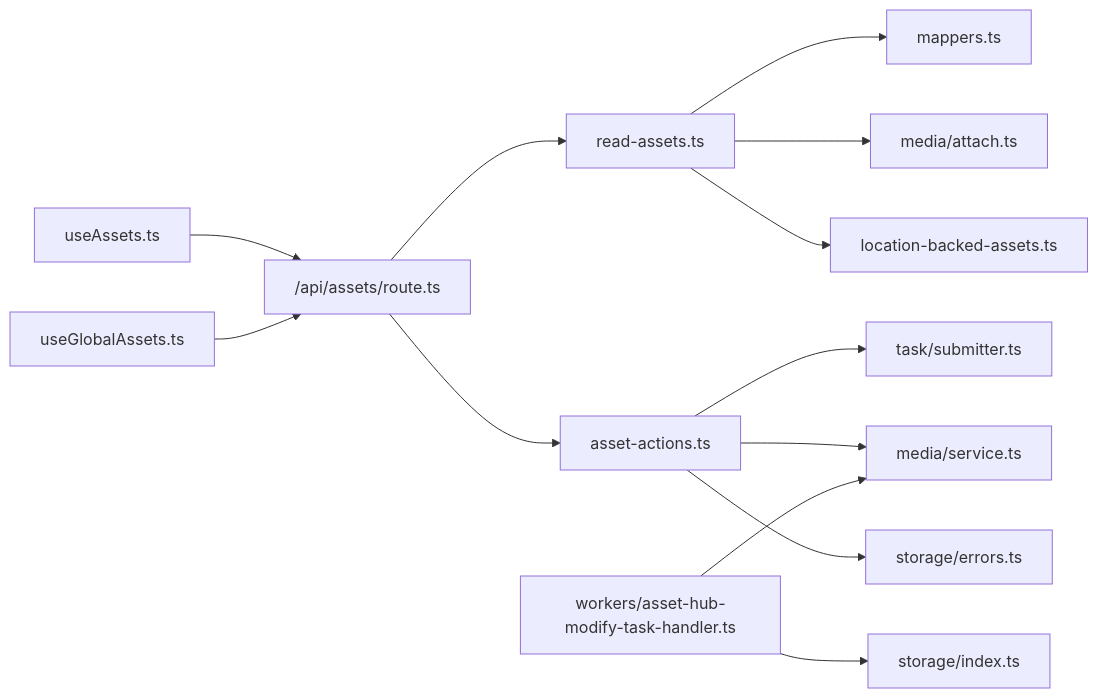
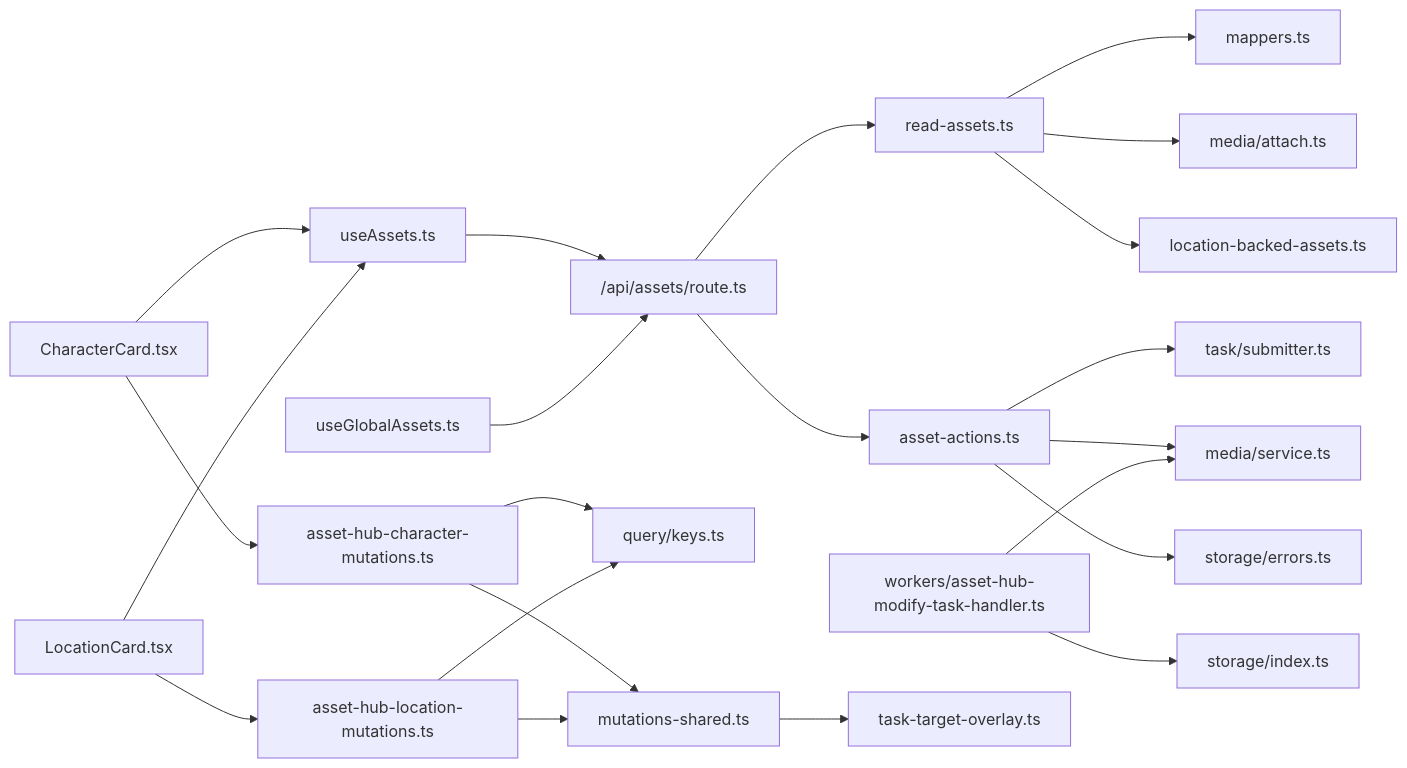
The ninth of 9 diagrams in .qoder/repowiki/zh/content/资产管理/资产管理.md (lyl2021/waoowaoo), drawn with Mermaid before and after one commit. The commit also changed other lines of this file and 18 other files, not shown here.

````diff
--- a/.qoder/repowiki/zh/content/资产管理/资产管理.md
+++ b/.qoder/repowiki/zh/content/资产管理/资产管理.md
@@ -469,15 +574,24 @@
 ```mermaid
 graph LR
 Read["read-assets.ts"] --> Mappers["mappers.ts"]
 Read --> Attach["media/attach.ts"]
 Read --> LocBacked["location-backed-assets.ts"]
 Actions["asset-actions.ts"] --> Task["task/submitter.ts"]
 Actions --> MediaSvc["media/service.ts"]
 Actions --> StorageErr["storage/errors.ts"]
 API["/api/assets/route.ts"] --> Read
 API --> Actions
 Hooks["useAssets.ts"] --> API
 HooksG["useGlobalAssets.ts"] --> API
 Worker["workers/asset-hub-modify-task-handler.ts"] --> MediaSvc
 Worker --> Storage["storage/index.ts"]
+CharacterCard["CharacterCard.tsx"] --> Hooks
+LocationCard["LocationCard.tsx"] --> Hooks
+CharacterCard --> Mutations["asset-hub-character-mutations.ts"]
+LocationCard --> Mutations2["asset-hub-location-mutations.ts"]
+Mutations --> Keys["query/keys.ts"]
+Mutations2 --> Keys
+Mutations --> Shared["mutations-shared.ts"]
+Mutations2 --> Shared
+Shared --> Overlay["task-target-overlay.ts"]
 ```
````
